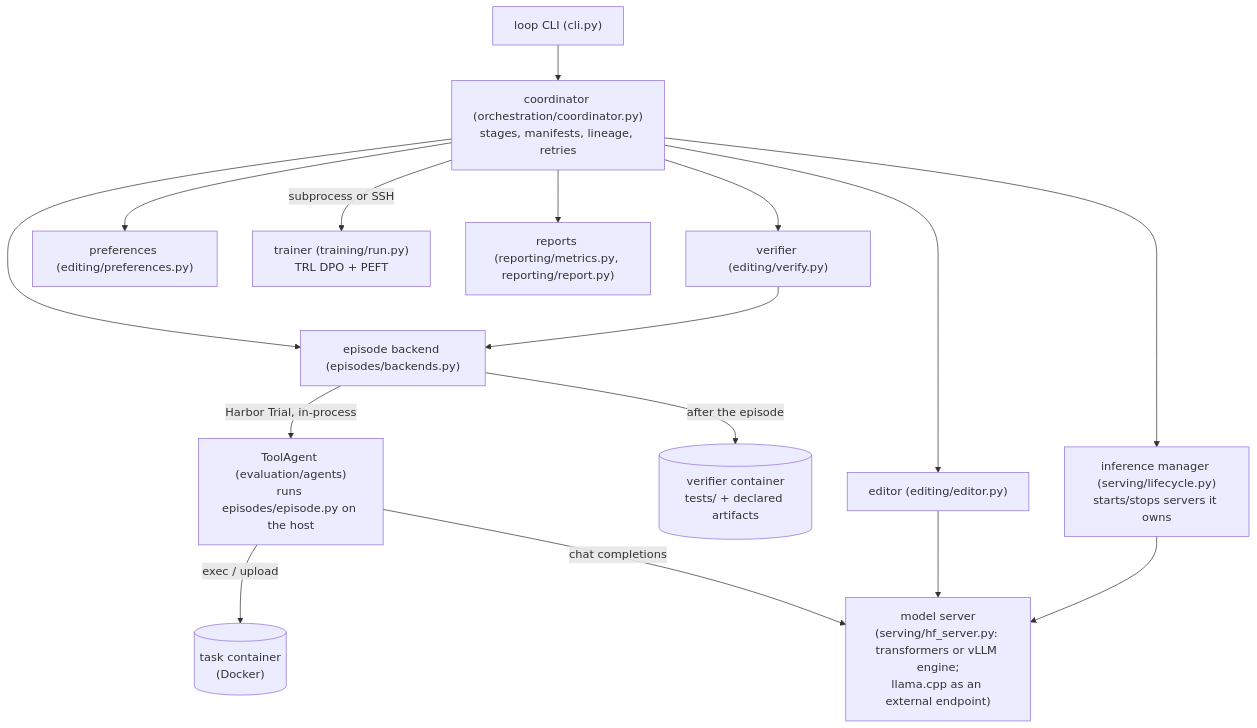
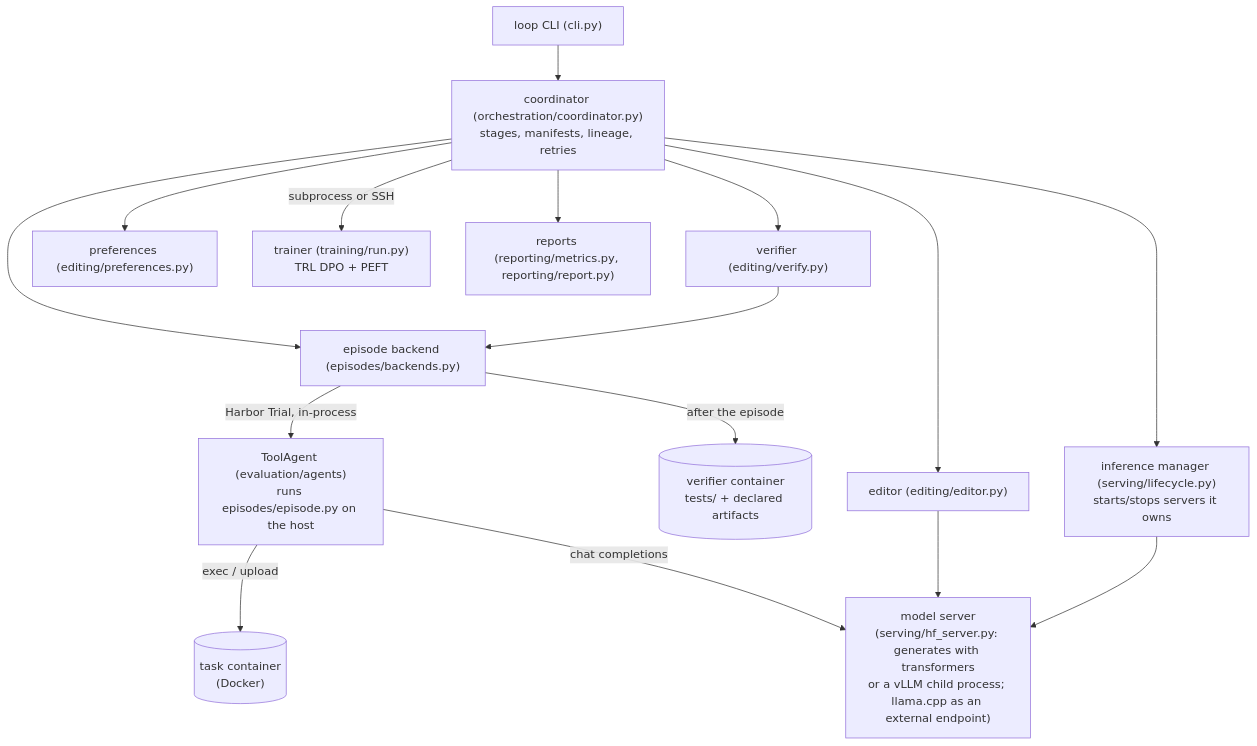
The second of 3 diagrams in docs/architecture.md (thomas-lane/learning-loop), drawn with Mermaid before and after one commit. The commit also changed other lines of this file and 9 other files, not shown here.

First line of the commit message:
Bring the documentation in line with master's vLLM engine and editor answer format

````diff
--- a/docs/architecture.md
+++ b/docs/architecture.md
@@ -37,15 +37,15 @@
 ```mermaid
 flowchart TB
     CLI["loop CLI (cli.py)"] --> CO["coordinator (orchestration/coordinator.py)<br/>stages, manifests, lineage, retries"]
     CO --> BE["episode backend (episodes/backends.py)"]
     BE -->|Harbor Trial, in-process| AG["ToolAgent (evaluation/agents)<br/>runs episodes/episode.py on the host"]
     AG -->|exec / upload| TC[("task container<br/>(Docker)")]
-    AG -->|chat completions| SRV["model server<br/>(serving/hf_server.py: transformers or vLLM engine;<br/>llama.cpp as an external endpoint)"]
+    AG -->|chat completions| SRV["model server<br/>(serving/hf_server.py: generates with transformers<br/>or a vLLM child process; llama.cpp as an external endpoint)"]
     BE -->|after the episode| VC[("verifier container<br/>tests/ + declared artifacts")]
     CO --> EDT["editor (editing/editor.py)"] --> SRV
     CO --> VER["verifier (editing/verify.py)"] --> BE
     CO --> PR["preferences (editing/preferences.py)"]
     CO -->|subprocess or SSH| TR["trainer (training/run.py)<br/>TRL DPO + PEFT"]
     CO --> INF["inference manager (serving/lifecycle.py)<br/>starts/stops servers it owns"] --> SRV
     CO --> REP["reports (reporting/metrics.py, reporting/report.py)"]
 ```
````
